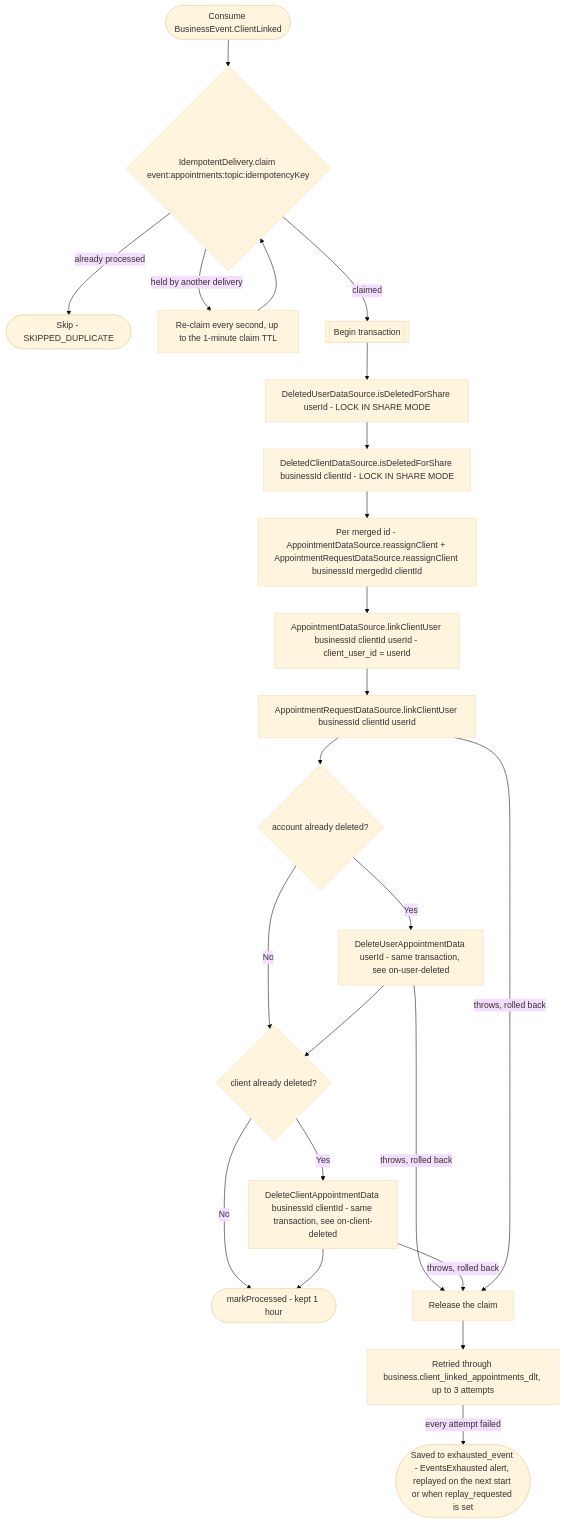
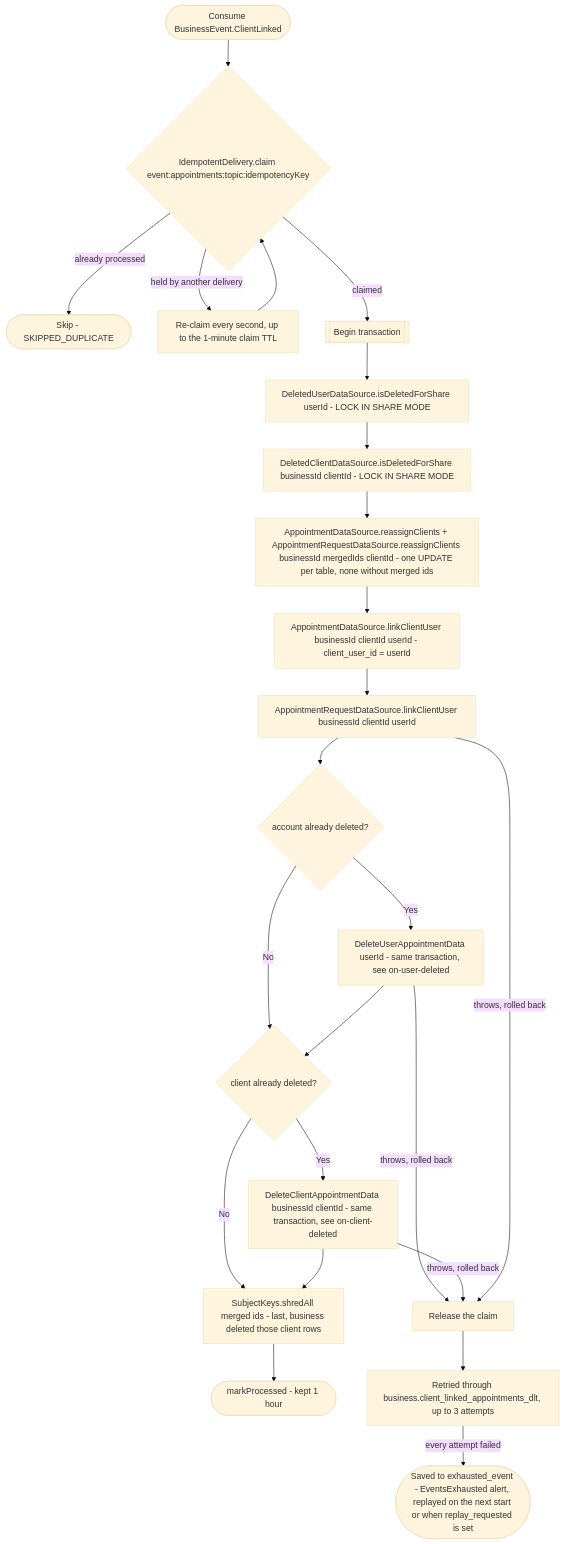
One commit to nocturneproperties/bookkme changed the diagram in docs/operations/appointments/on-client-linked.md. Above: the diagram before and after it, drawn with Mermaid (base theme). The commit also changed 82 other files, not shown here.

Commit message:
[ISSUE-157] shred keys on entity removal

````diff
--- a/docs/operations/appointments/on-client-linked.md
+++ b/docs/operations/appointments/on-client-linked.md
@@ -53,24 +53,25 @@
 ```mermaid
 flowchart TD
     Start([Consume BusinessEvent.ClientLinked]) --> Claim{"IdempotentDelivery.claim event:appointments:topic:idempotencyKey"}
     Claim -- already processed --> Skip([Skip - SKIPPED_DUPLICATE])
     Claim -- held by another delivery --> Wait[Re-claim every second, up to the 1-minute claim TTL] --> Claim
     Claim -- claimed --> Tx[[Begin transaction]]
     Tx --> Deleted["DeletedUserDataSource.isDeletedForShare userId - LOCK IN SHARE MODE"]
     Deleted --> ClientDeleted["DeletedClientDataSource.isDeletedForShare businessId clientId - LOCK IN SHARE MODE"]
-    ClientDeleted --> Move["Per merged id - AppointmentDataSource.reassignClient + AppointmentRequestDataSource.reassignClient businessId mergedId clientId"]
+    ClientDeleted --> Move["AppointmentDataSource.reassignClients + AppointmentRequestDataSource.reassignClients businessId mergedIds clientId - one UPDATE per table, none without merged ids"]
     Move --> LinkA["AppointmentDataSource.linkClientUser businessId clientId userId - client_user_id = userId"]
     LinkA --> LinkR["AppointmentRequestDataSource.linkClientUser businessId clientId userId"]
     LinkR --> Was{account already deleted?}
     Was -- No --> WasClient
     Was -- Yes --> Erase["DeleteUserAppointmentData userId - same transaction, see on-user-deleted"]
     Erase --> WasClient{client already deleted?}
-    WasClient -- No --> Processed([markProcessed - kept 1 hour])
+    WasClient -- No --> ShredMerged
     WasClient -- Yes --> EraseClient["DeleteClientAppointmentData businessId clientId - same transaction, see on-client-deleted"]
-    EraseClient --> Processed
+    EraseClient --> ShredMerged["SubjectKeys.shredAll merged ids - last, business deleted those client rows"]
+    ShredMerged --> Processed([markProcessed - kept 1 hour])
     Erase -- throws, rolled back --> Release[Release the claim]
     EraseClient -- throws, rolled back --> Release
     LinkR -- throws, rolled back --> Release
     Release --> Dlt["Retried through business.client_linked_appointments_dlt, up to 3 attempts"]
     Dlt -- every attempt failed --> Parked(["Saved to exhausted_event - EventsExhausted alert, replayed on the next start or when replay_requested is set"])
 ```
````
